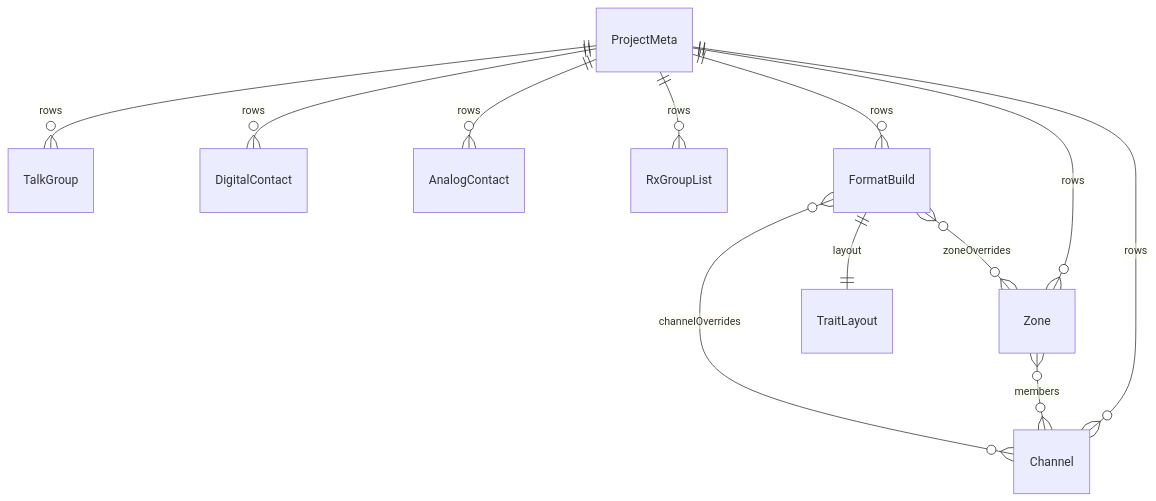
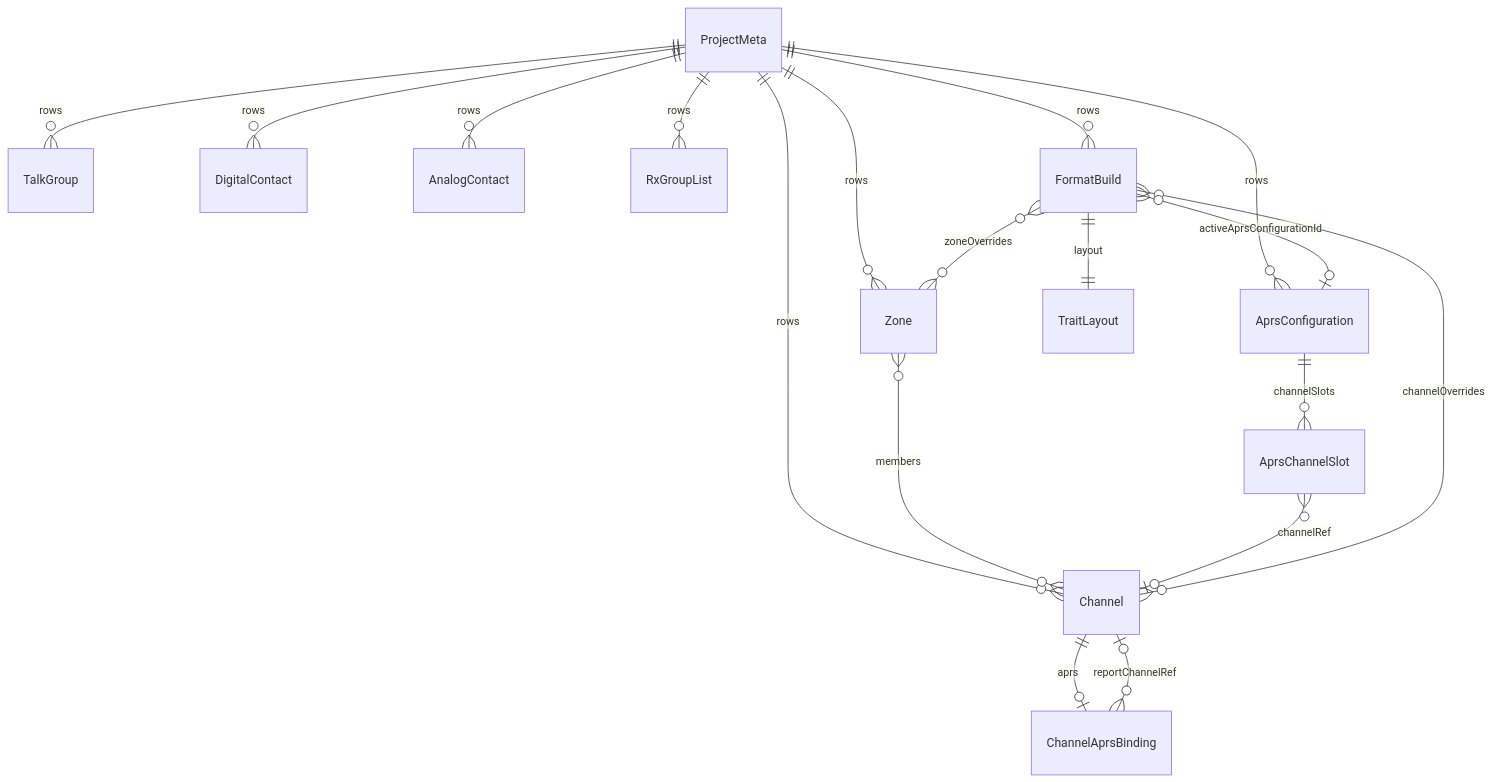
Before and after one commit to pskillen/codeplug-studio: the second of 2 diagrams in docs/features/data-model/README.md, drawn with Mermaid. The commit also changed other lines of this file and 8 other files, not shown here.

````diff
--- a/docs/features/data-model/README.md
+++ b/docs/features/data-model/README.md
@@ -52,14 +52,20 @@
 ```mermaid
 erDiagram
   ProjectMeta ||--o{ Channel : rows
   ProjectMeta ||--o{ Zone : rows
   ProjectMeta ||--o{ TalkGroup : rows
   ProjectMeta ||--o{ DigitalContact : rows
   ProjectMeta ||--o{ AnalogContact : rows
   ProjectMeta ||--o{ RxGroupList : rows
+  ProjectMeta ||--o{ AprsConfiguration : rows
   ProjectMeta ||--o{ FormatBuild : rows
   Zone }o--o{ Channel : members
+  Channel ||--o| ChannelAprsBinding : aprs
+  ChannelAprsBinding }o--o| Channel : reportChannelRef
+  AprsConfiguration ||--o{ AprsChannelSlot : channelSlots
+  AprsChannelSlot }o--o| Channel : channelRef
   FormatBuild }o--o{ Channel : channelOverrides
   FormatBuild }o--o{ Zone : zoneOverrides
+  FormatBuild }o--o| AprsConfiguration : activeAprsConfigurationId
   FormatBuild ||--|| TraitLayout : layout
 ```
````
